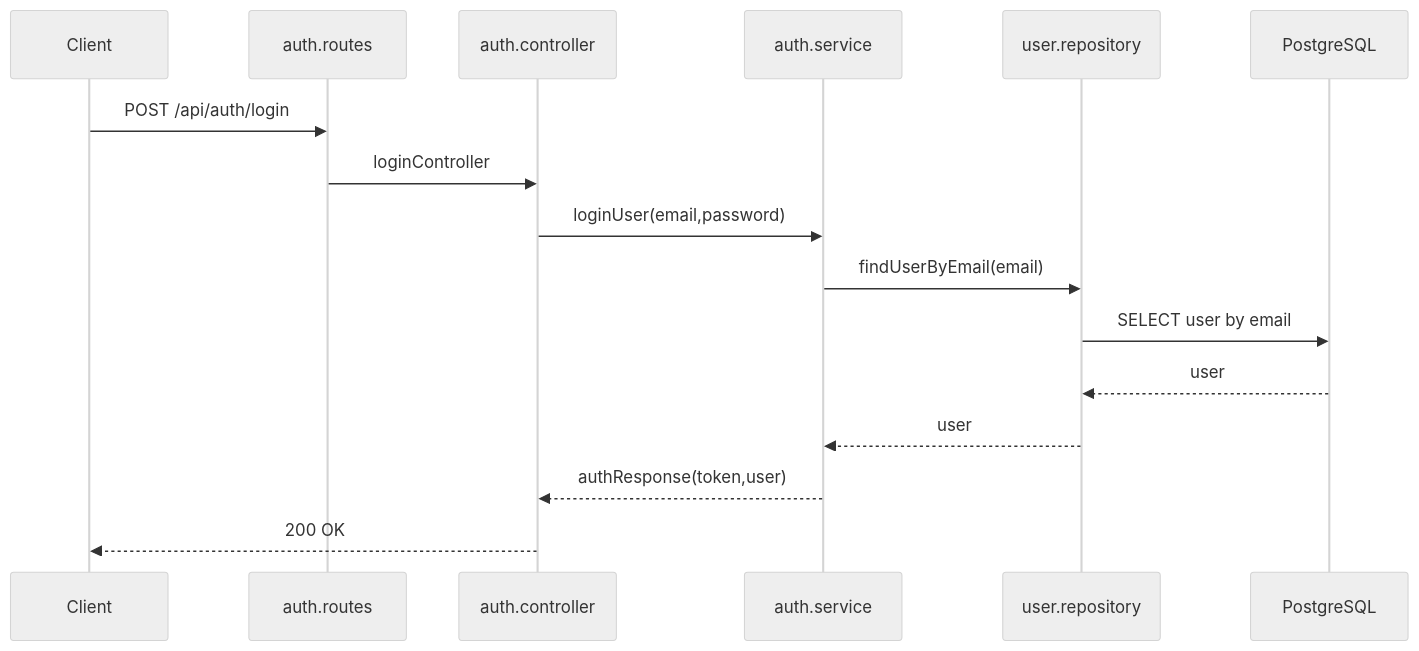
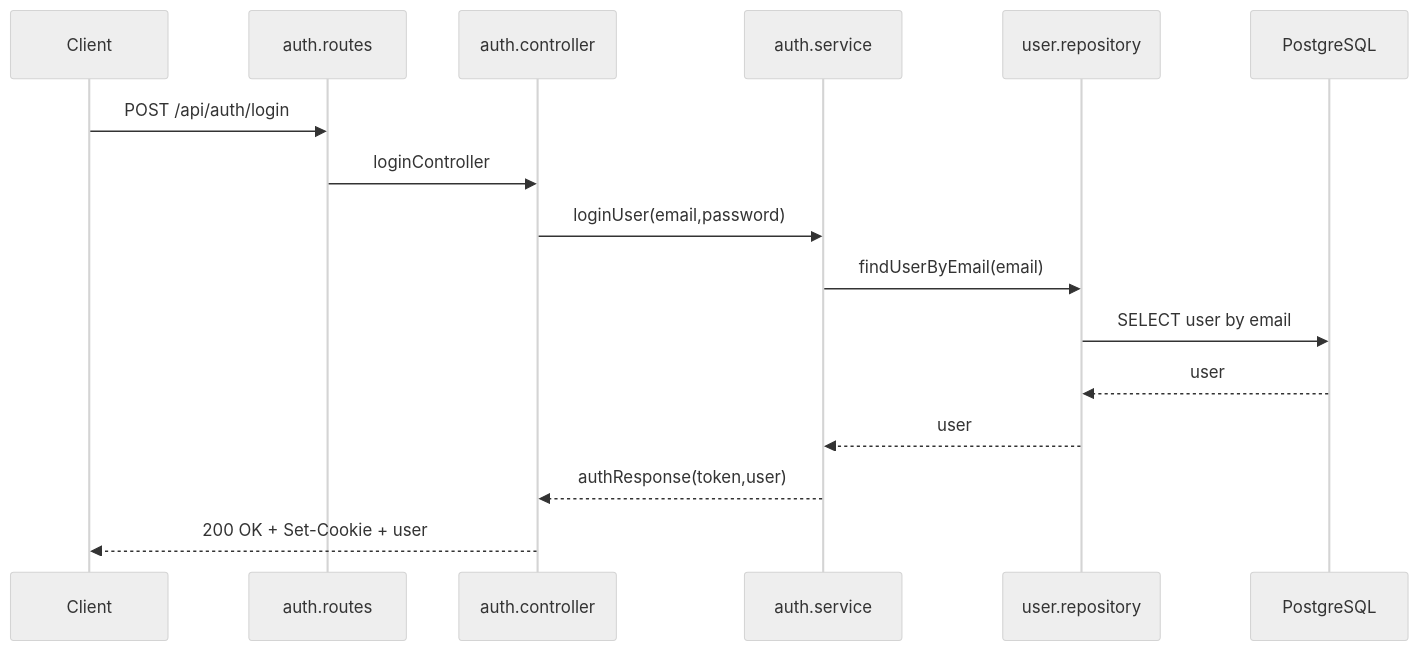
The first of 3 diagrams in backend/docs/auth-flow.md (CodeRacon/roomfull-2.0), drawn with Mermaid (neutral theme) before and after one commit. The commit also changed other lines of this file and 32 other files, not shown here.

Commit message:
feat: add demo customer auth flow

````diff
--- a/backend/docs/auth-flow.md
+++ b/backend/docs/auth-flow.md
@@ -50,19 +50,19 @@
 ```mermaid
 sequenceDiagram
   participant C as Client
   participant R as auth.routes
   participant CT as auth.controller
   participant S as auth.service
   participant UR as user.repository
   participant DB as PostgreSQL
 
   C->>R: POST /api/auth/login
   R->>CT: loginController
   CT->>S: loginUser(email,password)
   S->>UR: findUserByEmail(email)
   UR->>DB: SELECT user by email
   DB-->>UR: user
   UR-->>S: user
   S-->>CT: authResponse(token,user)
-  CT-->>C: 200 OK
+  CT-->>C: 200 OK + Set-Cookie + user
 ```
````
